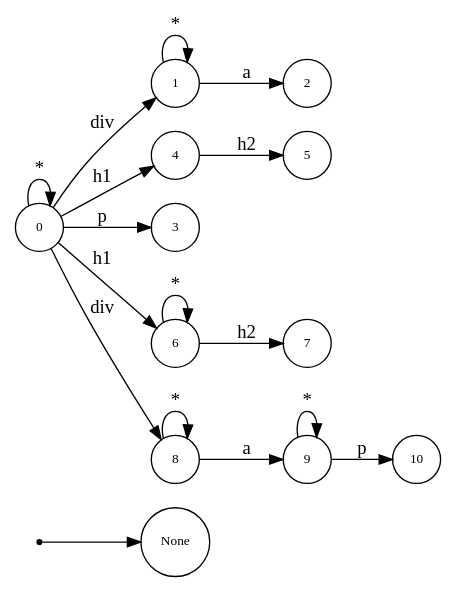
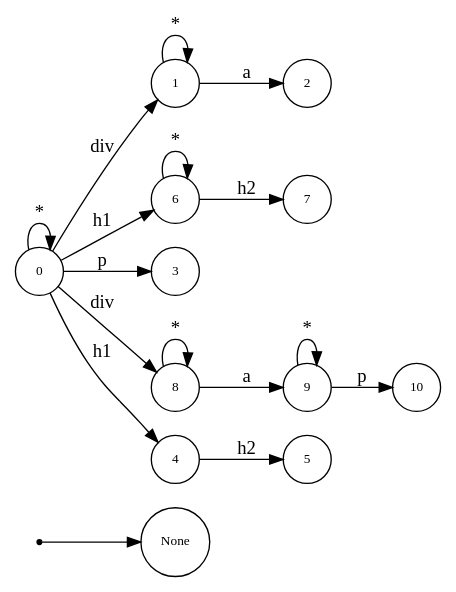
Before and after one commit to asukaminato0721/css-bitvector-compiler: the diagram in dot.dot, drawn with Graphviz. The commit also changed other lines of this file and 107 other files, not shown here.

```diff
--- a/dot.dot
+++ b/dot.dot
@@ -1,33 +1,33 @@
 digraph NFA {
   rankdir=LR;
   node [shape=circle, fontsize=10];
   __start [shape=point, label=""];
   __start -> None;
   1 [label="1"];
+  10 [label="10"];
+  7 [label="7"];
+  5 [label="5"];
+  2 [label="2"];
+  6 [label="6"];
+  0 [label="0"];
+  3 [label="3"];
+  8 [label="8"];
   9 [label="9"];
   4 [label="4"];
-  7 [label="7"];
-  10 [label="10"];
-  3 [label="3"];
-  5 [label="5"];
-  6 [label="6"];
-  0 [label="0"];
-  8 [label="8"];
-  2 [label="2"];
   { node [shape=doublecircle]; 2 3 5 7 10 }
   0 -> 0 [label="*"];
   0 -> 1 [label="div"];
   1 -> 1 [label="*"];
   1 -> 2 [label="a"];
   0 -> 3 [label="p"];
   0 -> 4 [label="h1"];
   4 -> 5 [label="h2"];
   0 -> 6 [label="h1"];
   6 -> 6 [label="*"];
   6 -> 7 [label="h2"];
   0 -> 8 [label="div"];
   8 -> 8 [label="*"];
   8 -> 9 [label="a"];
   9 -> 9 [label="*"];
   9 -> 10 [label="p"];
 }
```
